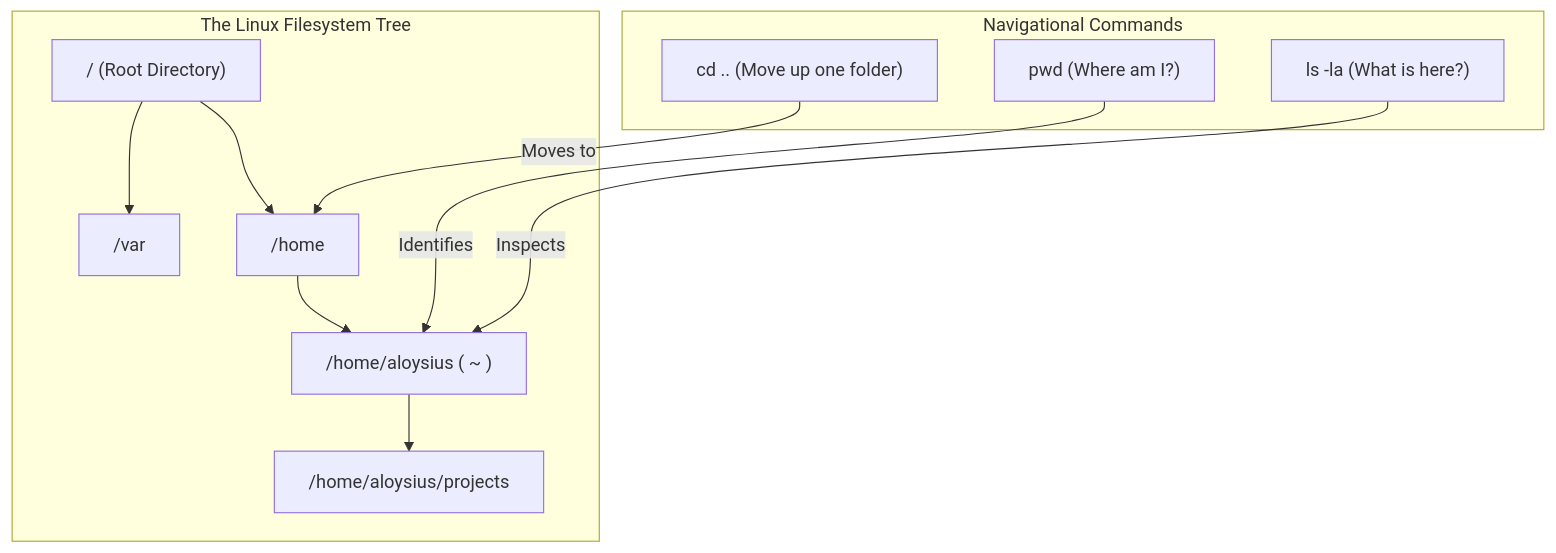
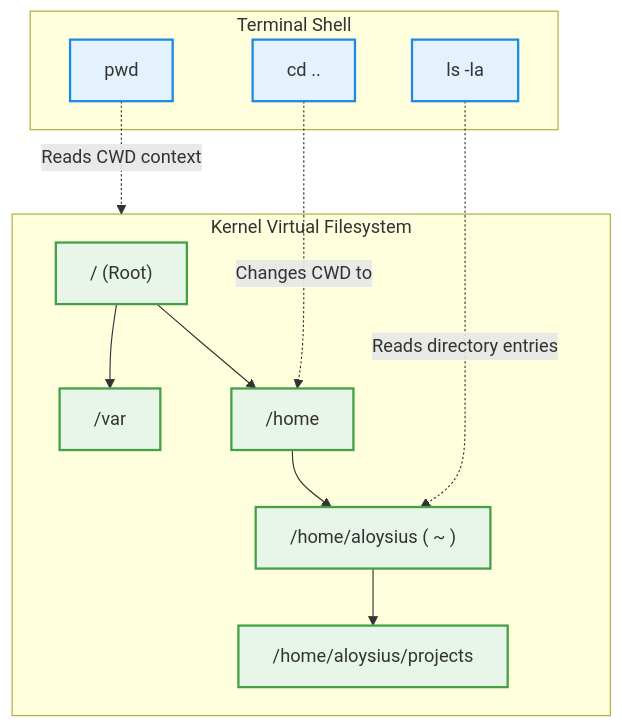
Before and after one commit to aloysiuspattath/platform-engineering-ai-course: the diagram in website/pages/courses/platform-engineering/modules/module-01/lesson-06.md, drawn with Mermaid. The commit also changed 114 other files, not shown here.

Commit message:
refactor: massive swarm diagram review enforcing architectural layers and strict color palette

````diff
--- a/website/pages/courses/platform-engineering/modules/module-01/lesson-06.md
+++ b/website/pages/courses/platform-engineering/modules/module-01/lesson-06.md
@@ -89,19 +89,22 @@
 ```mermaid
 flowchart TD
-    subgraph RootFS [The Linux Filesystem Tree]
-        ROOT["/ (Root Directory)"] --> VAR["/var"]
-        ROOT --> HOME["/home"]
-        HOME --> USER["/home/aloysius ( ~ )"]
-        USER --> PROJ["/home/aloysius/projects"]
+    classDef userSpace fill:#e3f2fd,stroke:#1e88e5,stroke-width:2px;
+    classDef kernelSpace fill:#e8f5e9,stroke:#43a047,stroke-width:2px;
+
+    subgraph ShellSession [Terminal Shell]
+        PWD["pwd"]:::userSpace
+        LS["ls -la"]:::userSpace
+        CD["cd .."]:::userSpace
     end
 
-    subgraph Navigation [Navigational Commands]
-        PWD["pwd (Where am I?)"]
-        LS["ls -la (What is here?)"]
-        CD["cd .. (Move up one folder)"]
+    subgraph VFS [Kernel Virtual Filesystem]
+        ROOT["/ (Root)"]:::kernelSpace --> VAR["/var"]:::kernelSpace
+        ROOT --> HOME["/home"]:::kernelSpace
+        HOME --> USER["/home/aloysius ( ~ )"]:::kernelSpace
+        USER --> PROJ["/home/aloysius/projects"]:::kernelSpace
     end
 
-    PWD -->|Identifies| USER
-    LS -->|Inspects| USER
-    CD -->|Moves to| HOME
+    PWD -.->|Reads CWD context| VFS
+    LS -.->|Reads directory entries| USER
+    CD -.->|Changes CWD to| HOME
 ```
````
